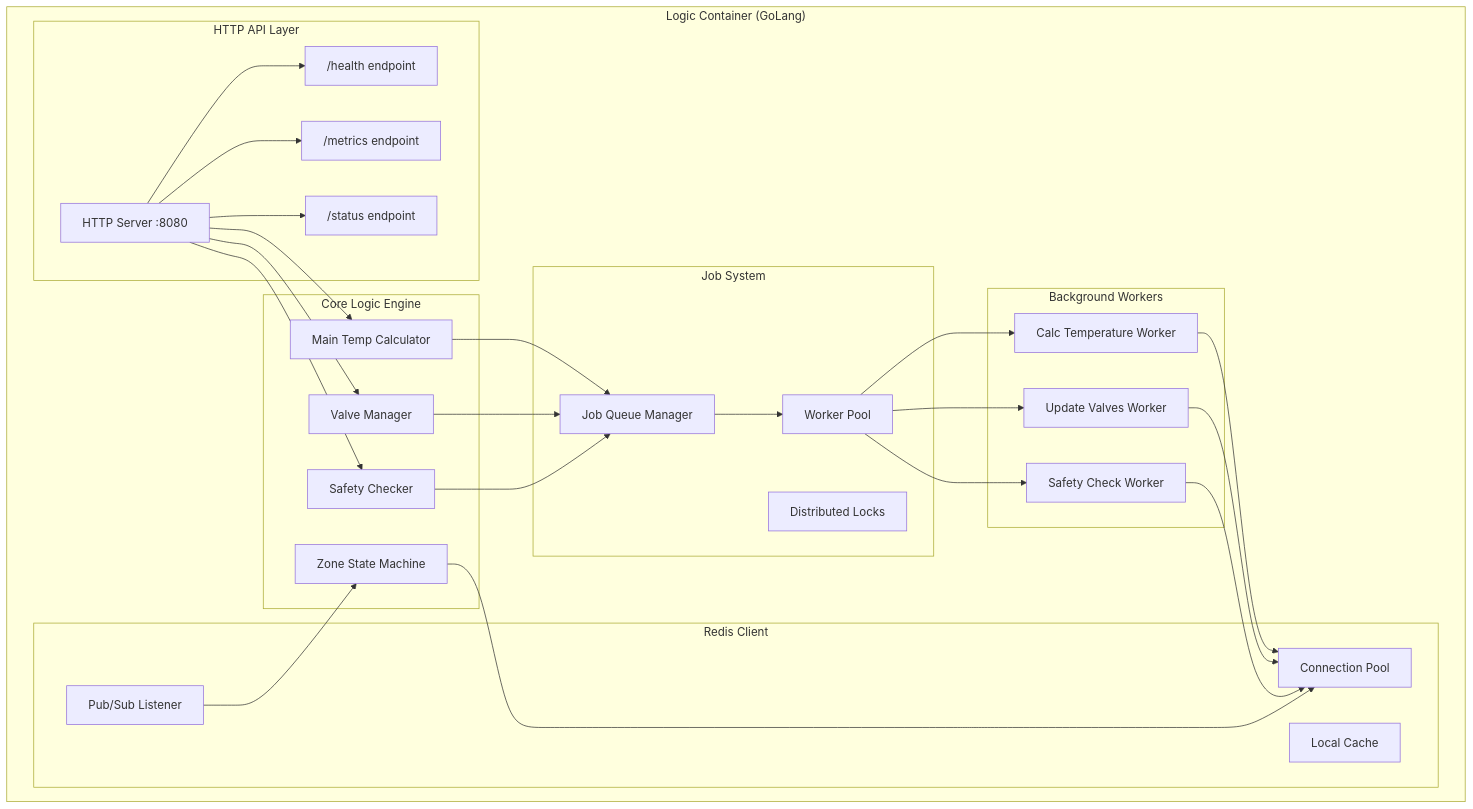
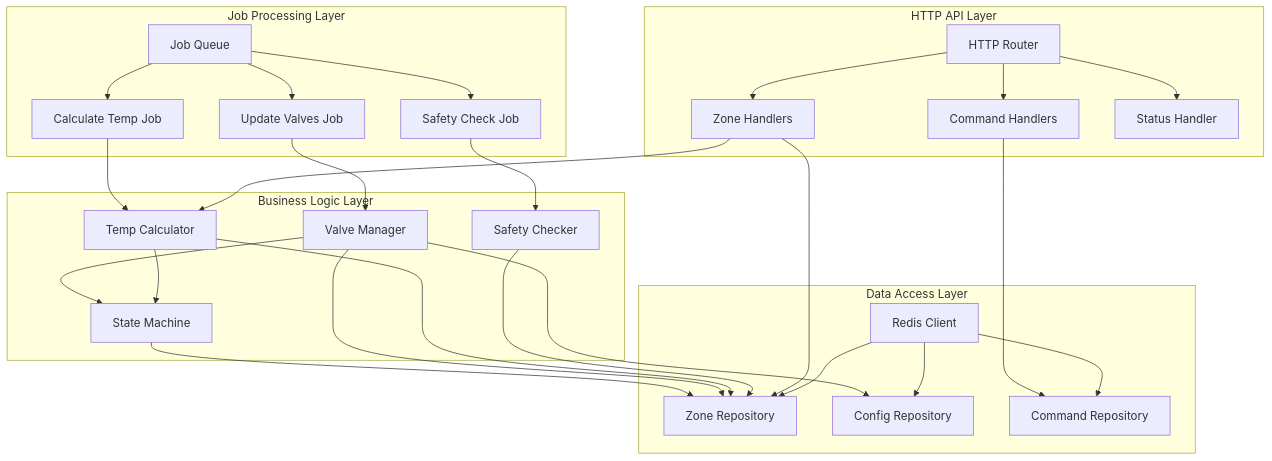
Before and after one commit to Chester929/ha_multizone_climate: the fourth of 24 diagrams in DIAGRAMS.md, drawn with Mermaid. The commit also changed other lines of this file and 2 other files, not shown here.

Commit message:
Regenerate DIAGRAMS.md for 2-container architecture

````diff
--- a/DIAGRAMS.md
+++ b/DIAGRAMS.md
@@ -627,59 +269,57 @@
 ```mermaid
 graph TB
-    subgraph "Logic Container (GoLang)"
-        subgraph "HTTP API Layer"
-            HTTPServer[HTTP Server :8080]
-            HealthEndpoint["/health endpoint"]
-            MetricsEndpoint["/metrics endpoint"]
-            StatusEndpoint["/status endpoint"]
-        end
-        
-        subgraph "Core Logic Engine"
-            TempCalculator[Main Temp Calculator]
-            ValveManager[Valve Manager]
-            SafetyChecker[Safety Checker]
-            StateEngine[Zone State Machine]
-        end
-        
-        subgraph "Job System"
-            JobQueue[Job Queue Manager]
-            JobWorkers[Worker Pool]
-            JobLocks[Distributed Locks]
-        end
-        
-        subgraph "Redis Client"
-            RedisConn[Connection Pool]
-            RedisPubSub[Pub/Sub Listener]
-            RedisCache[Local Cache]
-        end
-        
-        subgraph "Background Workers"
-            CalcWorker[Calc Temperature Worker]
-            ValveWorker[Update Valves Worker]
-            SafetyWorker[Safety Check Worker]
-        end
+    subgraph "HTTP API Layer"
+        Router[HTTP Router]
+        ZoneHandler[Zone Handlers]
+        CmdHandler[Command Handlers]
+        StatusHandler[Status Handler]
+        Router --> ZoneHandler
+        Router --> CmdHandler
+        Router --> StatusHandler
     end
     
-    HTTPServer --> HealthEndpoint
-    HTTPServer --> MetricsEndpoint
-    HTTPServer --> StatusEndpoint
-    HTTPServer --> TempCalculator
-    HTTPServer --> ValveManager
-    HTTPServer --> SafetyChecker
+    subgraph "Business Logic Layer"
+        TempCalc[Temp Calculator]
+        ValveMgr[Valve Manager]
+        StateMachine[State Machine]
+        SafetyCheck[Safety Checker]
+    end
     
-    TempCalculator --> JobQueue
-    ValveManager --> JobQueue
-    SafetyChecker --> JobQueue
+    subgraph "Job Processing Layer"
+        JobQueue[Job Queue]
+        CalcTempJob[Calculate Temp Job]
+        UpdateValvesJob[Update Valves Job]
+        SafetyCheckJob[Safety Check Job]
+        JobQueue --> CalcTempJob
+        JobQueue --> UpdateValvesJob
+        JobQueue --> SafetyCheckJob
+    end
     
-    JobQueue --> JobWorkers
-    JobWorkers --> CalcWorker
-    JobWorkers --> ValveWorker
-    JobWorkers --> SafetyWorker
+    subgraph "Data Access Layer"
+        RedisClient[Redis Client]
+        ZoneRepo[Zone Repository]
+        ConfigRepo[Config Repository]
+        CmdRepo[Command Repository]
+        RedisClient --> ZoneRepo
+        RedisClient --> ConfigRepo
+        RedisClient --> CmdRepo
+    end
     
-    CalcWorker --> RedisConn
-    ValveWorker --> RedisConn
-    SafetyWorker --> RedisConn
+    ZoneHandler --> TempCalc
+    ZoneHandler --> ZoneRepo
+    CmdHandler --> CmdRepo
     
-    RedisPubSub --> StateEngine
-    StateEngine --> RedisConn
+    CalcTempJob --> TempCalc
+    UpdateValvesJob --> ValveMgr
+    SafetyCheckJob --> SafetyCheck
+    
+    TempCalc --> StateMachine
+    ValveMgr --> StateMachine
+    SafetyCheck --> ZoneRepo
+    
+    TempCalc --> ZoneRepo
+    ValveMgr --> ZoneRepo
+    ValveMgr --> ConfigRepo
+    
+    StateMachine --> ZoneRepo
 ```
````
